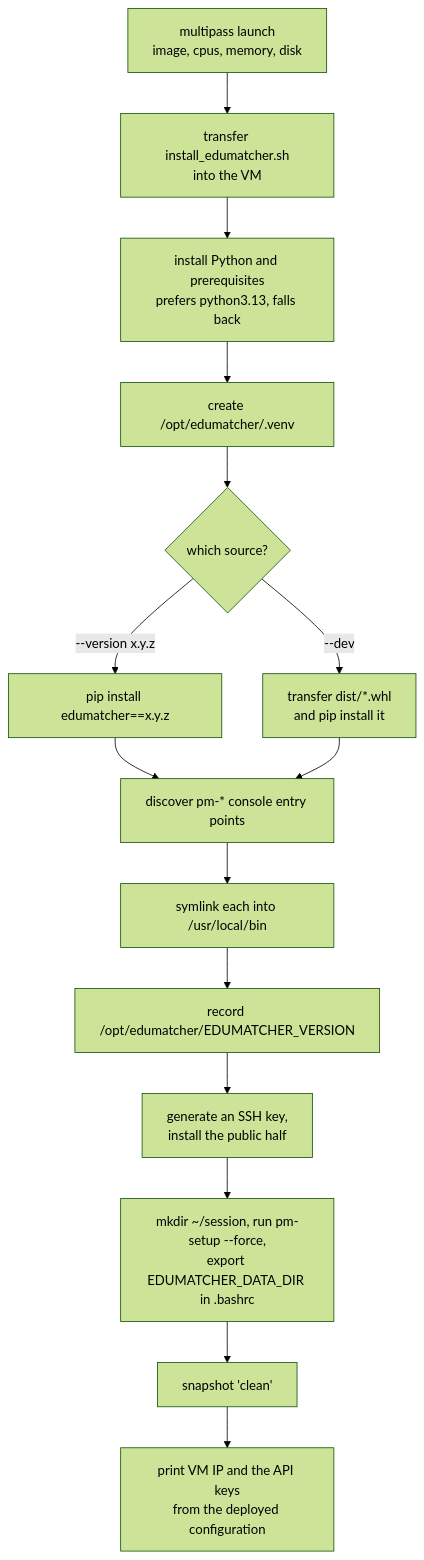
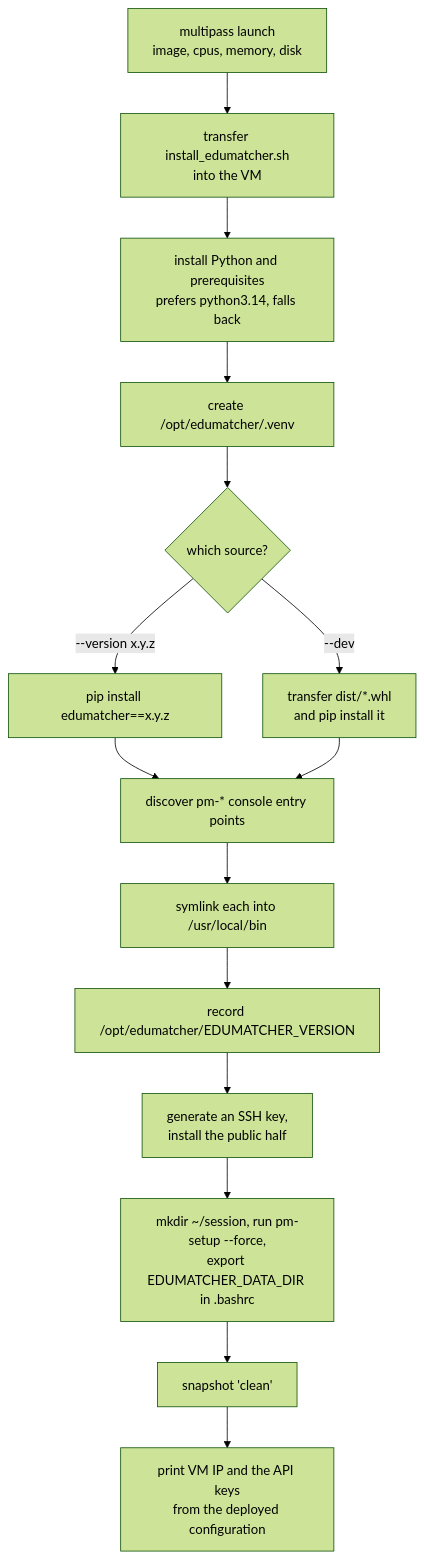
Before and after one commit to johan162/EduMatcher: the diagram in docs/books/operator-guide/part-1-install-and-deploy/020-vm-runtime-image.md, drawn with Mermaid (forest theme). The commit also changed 73 other files, not shown here.

````diff
--- a/docs/books/operator-guide/part-1-install-and-deploy/020-vm-runtime-image.md
+++ b/docs/books/operator-guide/part-1-install-and-deploy/020-vm-runtime-image.md
@@ -107,17 +107,17 @@
 ```mermaid
 flowchart TD
     A["multipass launch\nimage, cpus, memory, disk"] --> B["transfer install_edumatcher.sh\ninto the VM"]
-    B --> C["install Python and prerequisites\nprefers python3.13, falls back"]
+    B --> C["install Python and prerequisites\nprefers python3.14, falls back"]
     C --> D["create /opt/edumatcher/.venv"]
     D --> E{"which source?"}
     E -->|"--version x.y.z"| F["pip install edumatcher==x.y.z"]
     E -->|"--dev"| G["transfer dist/*.whl\nand pip install it"]
     F --> H["discover pm-* console entry points"]
     G --> H
     H --> I["symlink each into /usr/local/bin"]
     I --> J["record /opt/edumatcher/EDUMATCHER_VERSION"]
     J --> K["generate an SSH key,\ninstall the public half"]
     K --> L["mkdir ~/session, run pm-setup --force,\nexport EDUMATCHER_DATA_DIR in .bashrc"]
     L --> M["snapshot 'clean'"]
     M --> N["print VM IP and the API keys\nfrom the deployed configuration"]
 ```
````
